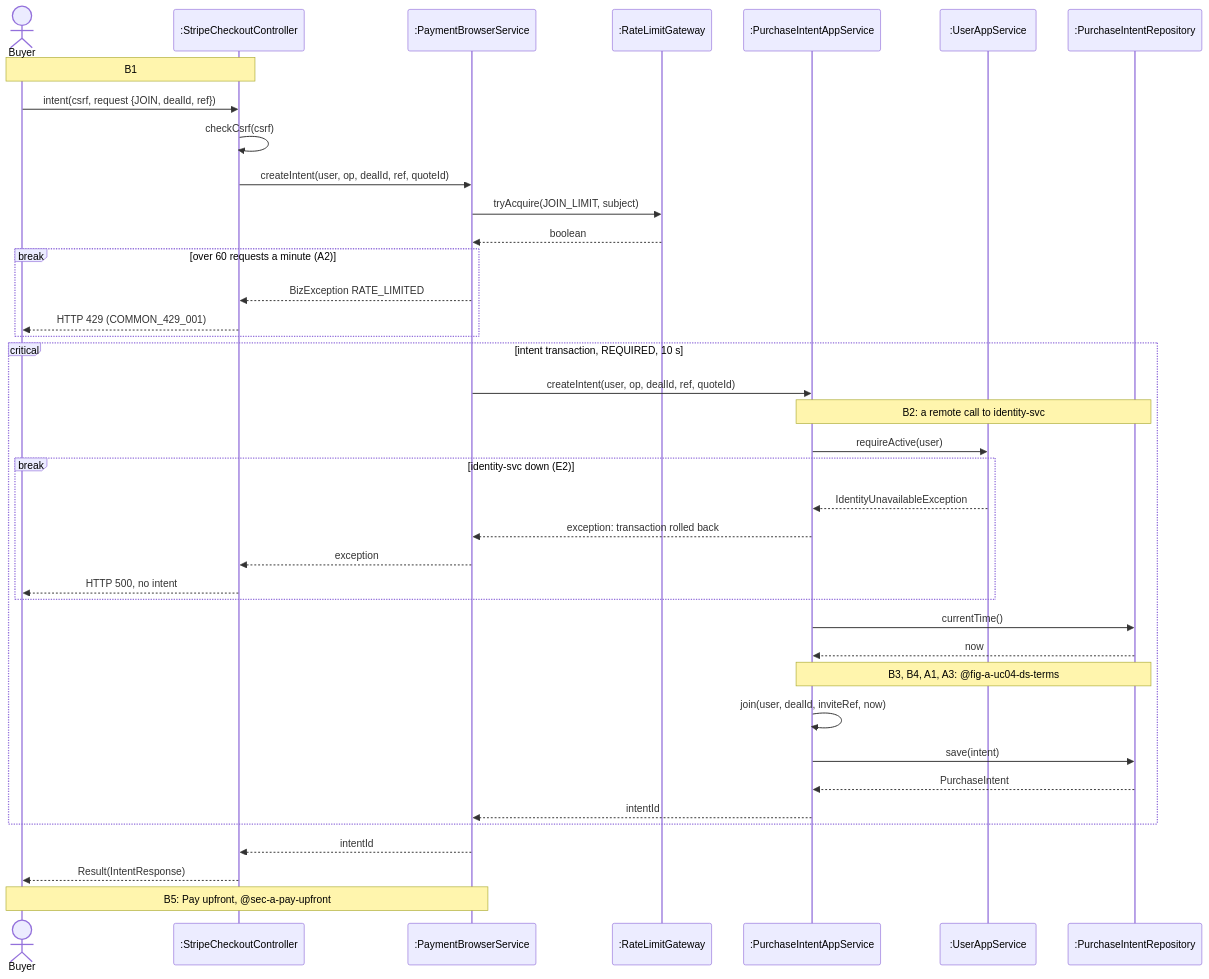
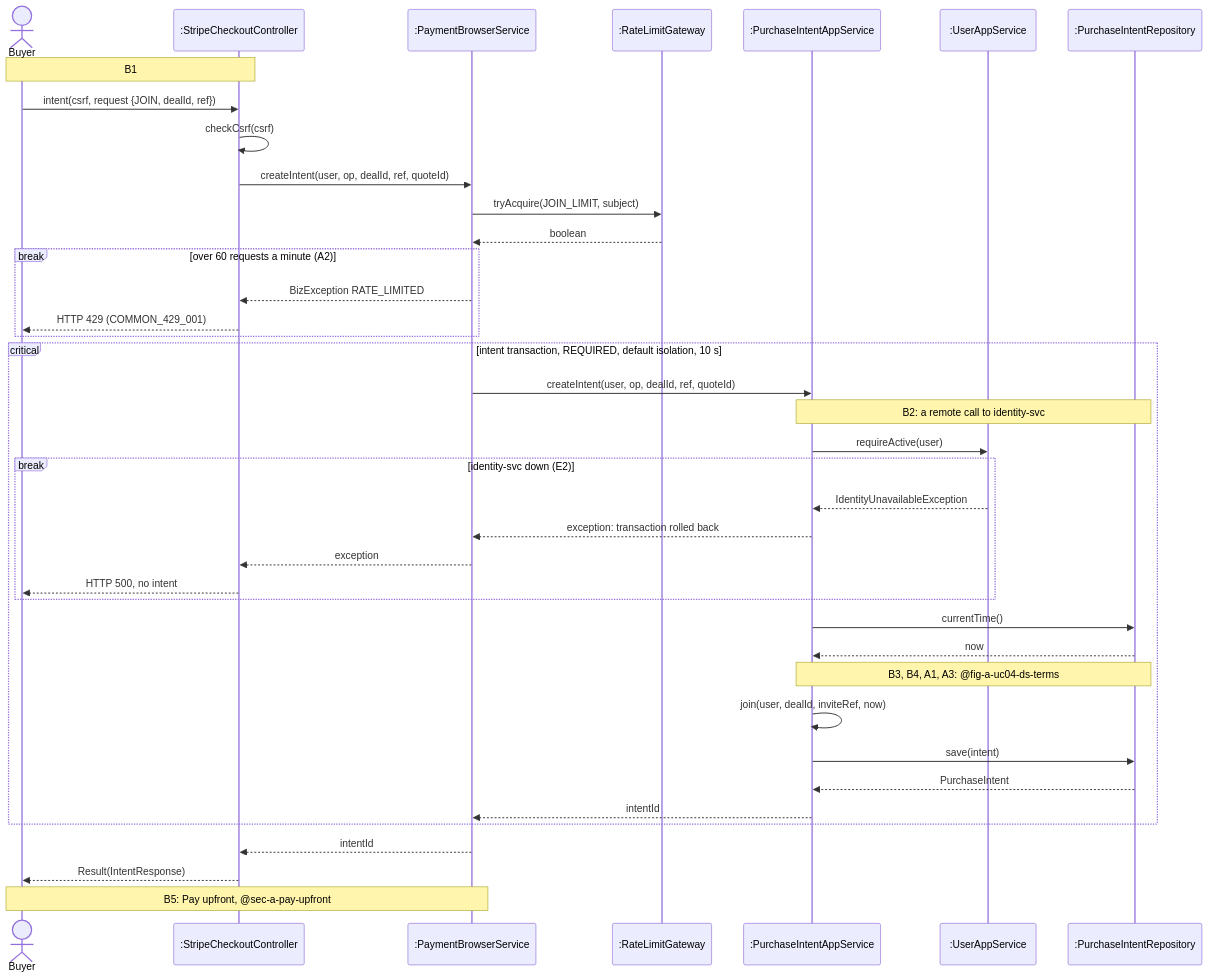
Before and after one commit to PPsyrius/iss-groupbuy-team8: the diagram in docs/swe5001/report/diagrams/appendix-a/src/a-uc04-ds-intent.mmd, drawn with Mermaid. The commit also changed 68 other files, not shown here.

```diff
--- a/docs/swe5001/report/diagrams/appendix-a/src/a-uc04-ds-intent.mmd
+++ b/docs/swe5001/report/diagrams/appendix-a/src/a-uc04-ds-intent.mmd
@@ -1,41 +1,41 @@
 %% frame: UC4 B1 to B4: create the purchase intent (design)
 sequenceDiagram
     actor Buyer
     participant Ctl as :StripeCheckoutController
     participant Svc as :PaymentBrowserService
     participant RL as :RateLimitGateway
     participant App as :PurchaseIntentAppService
     participant Users as :UserAppService
     participant Repo as :PurchaseIntentRepository
 
     Note over Buyer,Ctl: B1
     Buyer->>Ctl: intent(csrf, request {JOIN, dealId, ref})
     Ctl->>Ctl: checkCsrf(csrf)
     Ctl->>Svc: createIntent(user, op, dealId, ref, quoteId)
     Svc->>RL: tryAcquire(JOIN_LIMIT, subject)
     RL-->>Svc: boolean
     break over 60 requests a minute (A2)
         Svc-->>Ctl: BizException RATE_LIMITED
         Ctl-->>Buyer: HTTP 429 (COMMON_429_001)
     end
-    critical intent transaction, REQUIRED, 10 s
+    critical intent transaction, REQUIRED, default isolation, 10 s
         Svc->>App: createIntent(user, op, dealId, ref, quoteId)
         Note over App,Repo: B2: a remote call to identity-svc
         App->>Users: requireActive(user)
         break identity-svc down (E2)
             Users-->>App: IdentityUnavailableException
             App-->>Svc: exception: transaction rolled back
             Svc-->>Ctl: exception
             Ctl-->>Buyer: HTTP 500, no intent
         end
         App->>Repo: currentTime()
         Repo-->>App: now
         Note over App,Repo: B3, B4, A1, A3: @fig-a-uc04-ds-terms
         App->>App: join(user, dealId, inviteRef, now)
         App->>Repo: save(intent)
         Repo-->>App: PurchaseIntent
         App-->>Svc: intentId
     end
     Svc-->>Ctl: intentId
     Ctl-->>Buyer: Result(IntentResponse)
     Note over Buyer,Svc: B5: Pay upfront, @sec-a-pay-upfront
```
